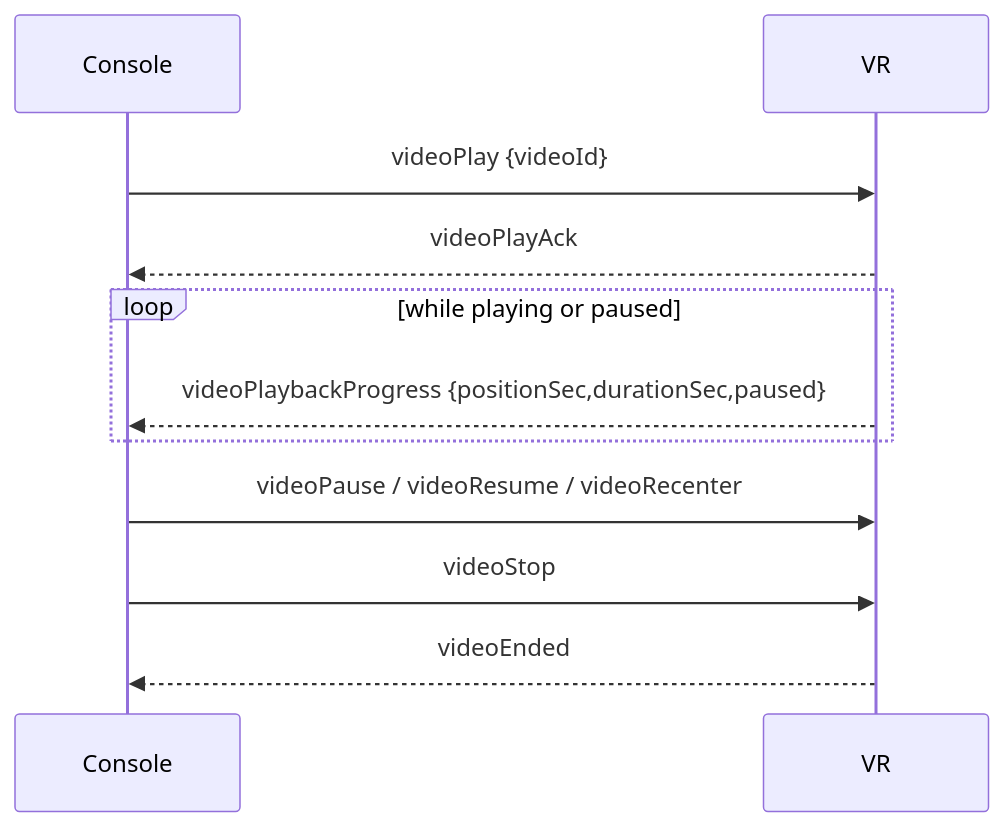
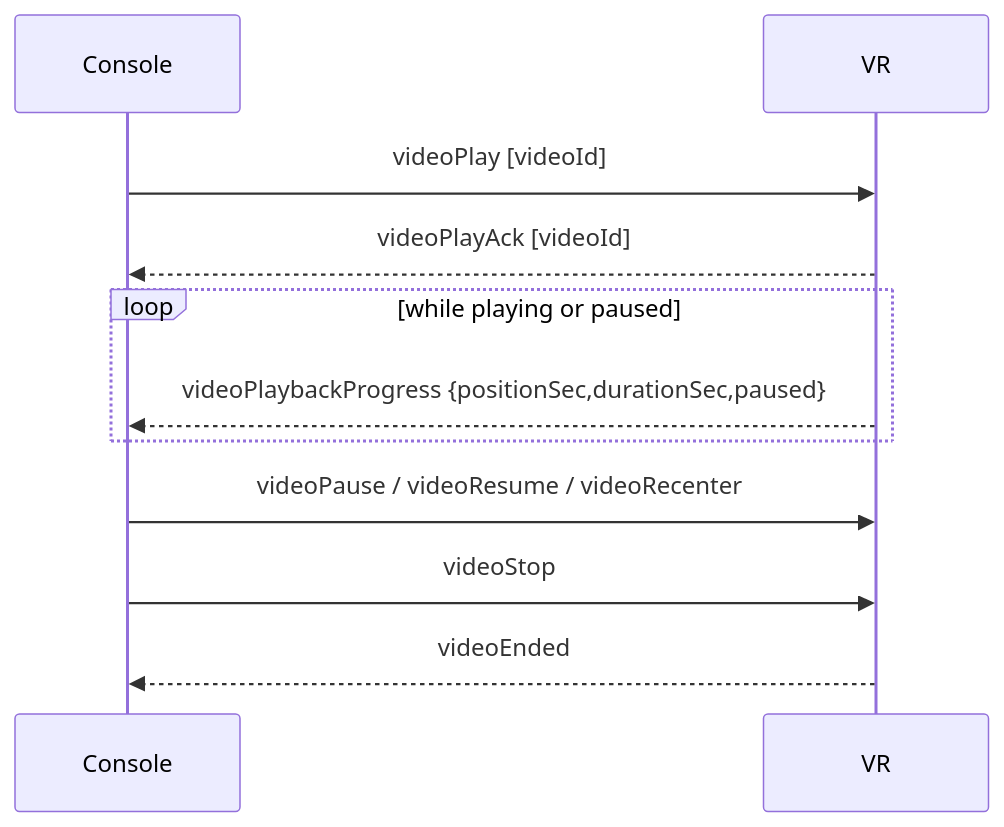
The second of 2 diagrams in docs/architecture/immersive-video-shared-contract.md (Steliospne/virtality-platform), drawn with Mermaid before and after one commit. The commit also changed other lines of this file and 8 other files, not shown here.

````diff
--- a/docs/architecture/immersive-video-shared-contract.md
+++ b/docs/architecture/immersive-video-shared-contract.md
@@ -259,14 +260,14 @@
 ```mermaid
 sequenceDiagram
     participant Console
     participant VR
 
-    Console->>VR: videoPlay {videoId}
-    VR-->>Console: videoPlayAck
+    Console->>VR: videoPlay [videoId]
+    VR-->>Console: videoPlayAck [videoId]
     loop while playing or paused
         VR-->>Console: videoPlaybackProgress {positionSec,durationSec,paused}
     end
     Console->>VR: videoPause / videoResume / videoRecenter
     Console->>VR: videoStop
     VR-->>Console: videoEnded
 ```
````
